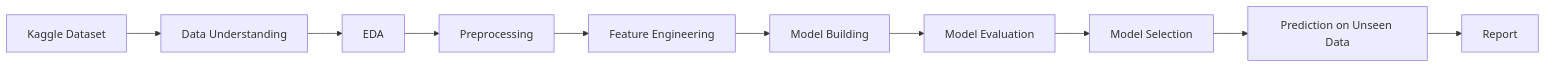
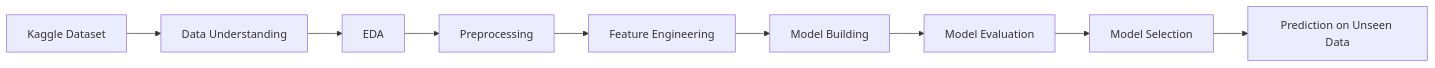
Before and after one commit to sidhantds/Insurance-Churn-Prediction: the second of 7 diagrams in README.md, drawn with Mermaid. The commit also changed other lines of this file, not shown here.

````diff
--- a/README.md
+++ b/README.md
@@ -45,12 +46,11 @@
 ```mermaid
 flowchart LR
     A[Kaggle Dataset] --> B[Data Understanding]
     B --> C[EDA]
     C --> D[Preprocessing]
     D --> E[Feature Engineering]
     E --> F[Model Building]
     F --> G[Model Evaluation]
     G --> H[Model Selection]
     H --> I[Prediction on Unseen Data]
-    I --> J[Report]
 ```
````
